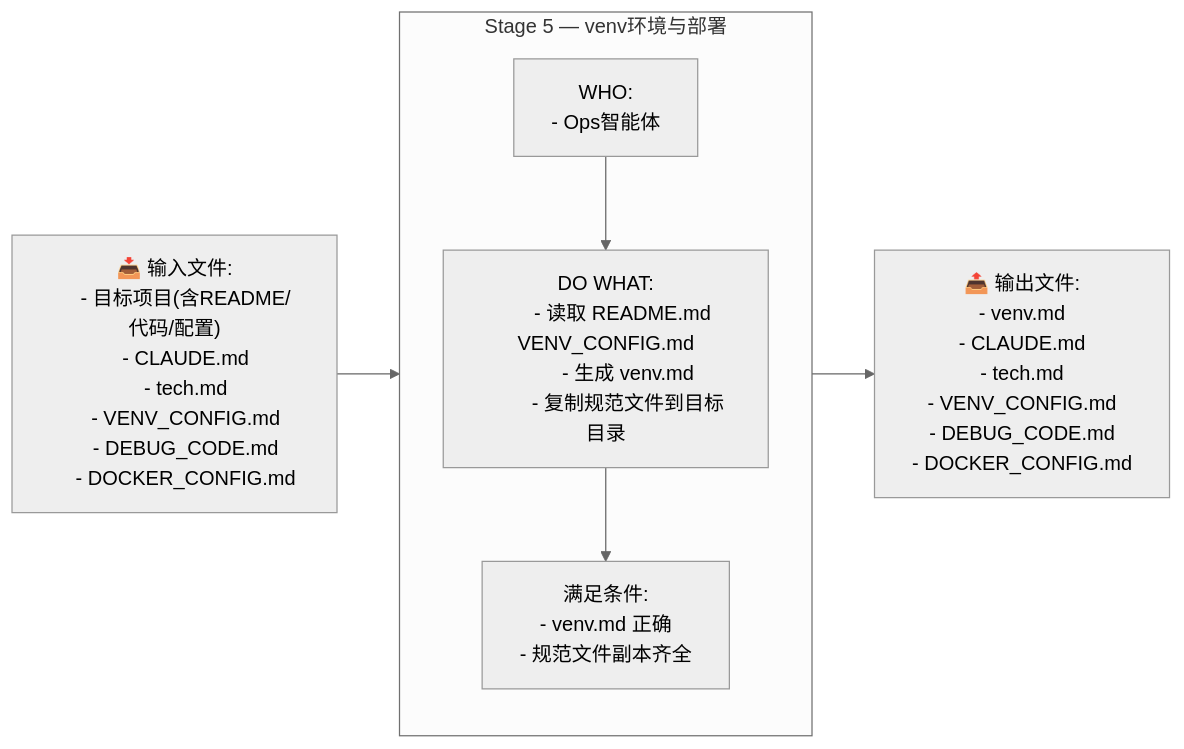
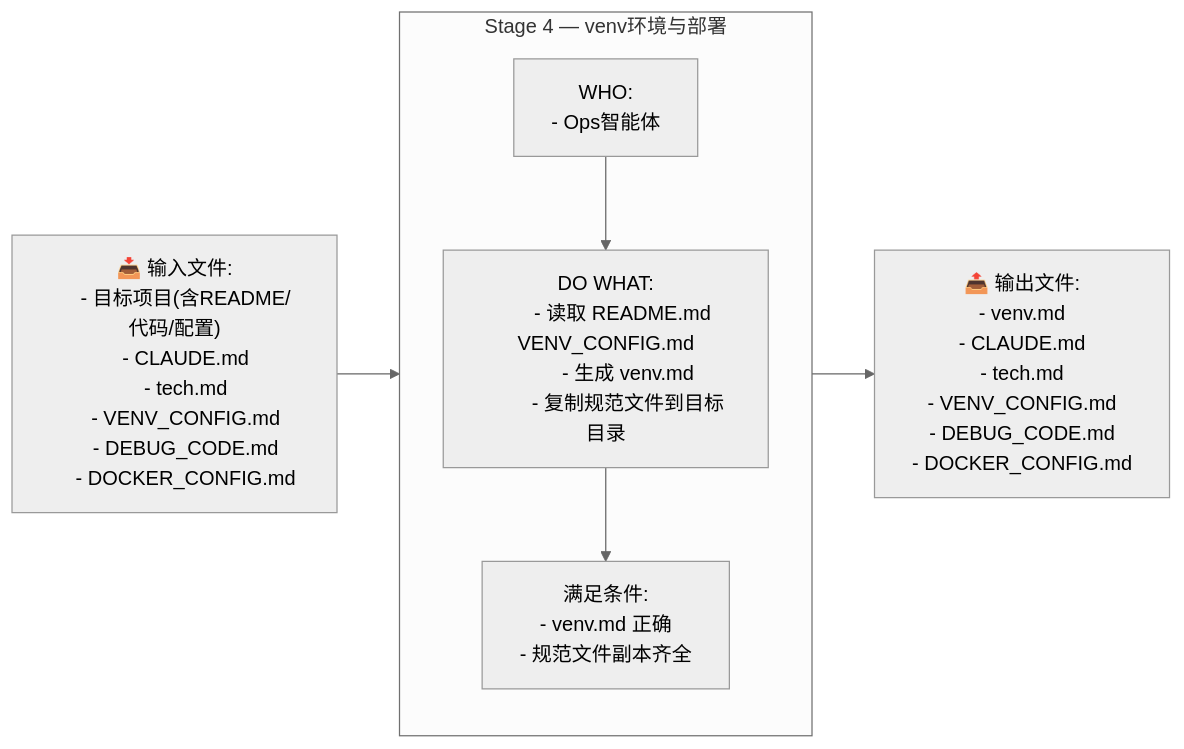
Before and after one commit to ouyangshixiong/context-engineering-zh: the fifth of 15 diagrams in README.md, drawn with Mermaid (neutral theme). The commit also changed other lines of this file and 1 other file, not shown here.

````diff
--- a/README.md
+++ b/README.md
@@ -336,39 +291,39 @@
 ```mermaid
 flowchart LR
     %% ================= Stage 4 =================
-    I5["📥 输入文件:
+    I4["📥 输入文件:
     - 目标项目(含README/代码/配置)
     - CLAUDE.md
     - tech.md
     - VENV_CONFIG.md
     - DEBUG_CODE.md
     - DOCKER_CONFIG.md"]
 
-    O5["📤 输出文件:
+    O4["📤 输出文件:
     - venv.md
     - CLAUDE.md
     - tech.md
     - VENV_CONFIG.md
     - DEBUG_CODE.md
     - DOCKER_CONFIG.md"]
 
-    subgraph S5["Stage 5 — venv环境与部署"]
+    subgraph S4["Stage 4 — venv环境与部署"]
         direction TB
         W5["WHO:
         - Ops智能体"]
 
         A5["DO WHAT:
         - 读取 README.md  VENV_CONFIG.md
         - 生成 venv.md
         - 复制规范文件到目标目录"]
 
         V5["满足条件:
         - venv.md 正确
         - 规范文件副本齐全"]
 
         W5 --> A5 --> V5
     end
 
-    I5 --> S5 --> O5
+    I4 --> S4 --> O4
 
 ```
````
